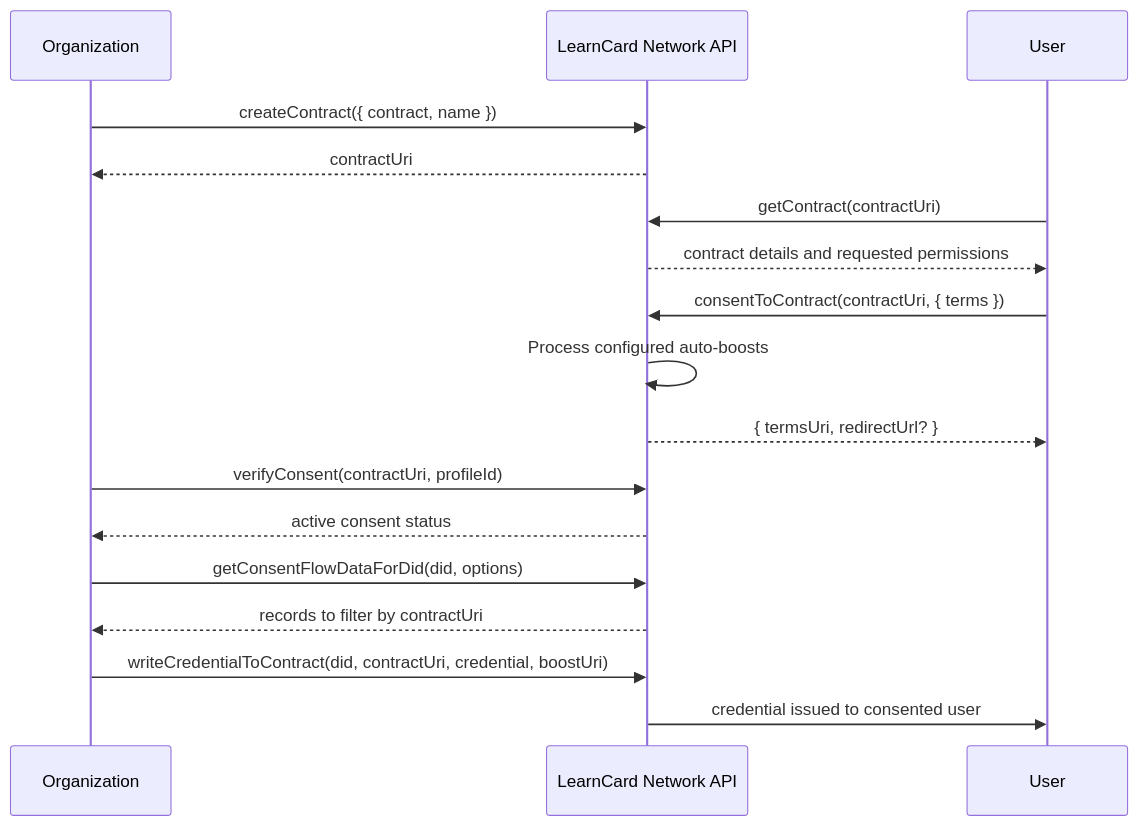
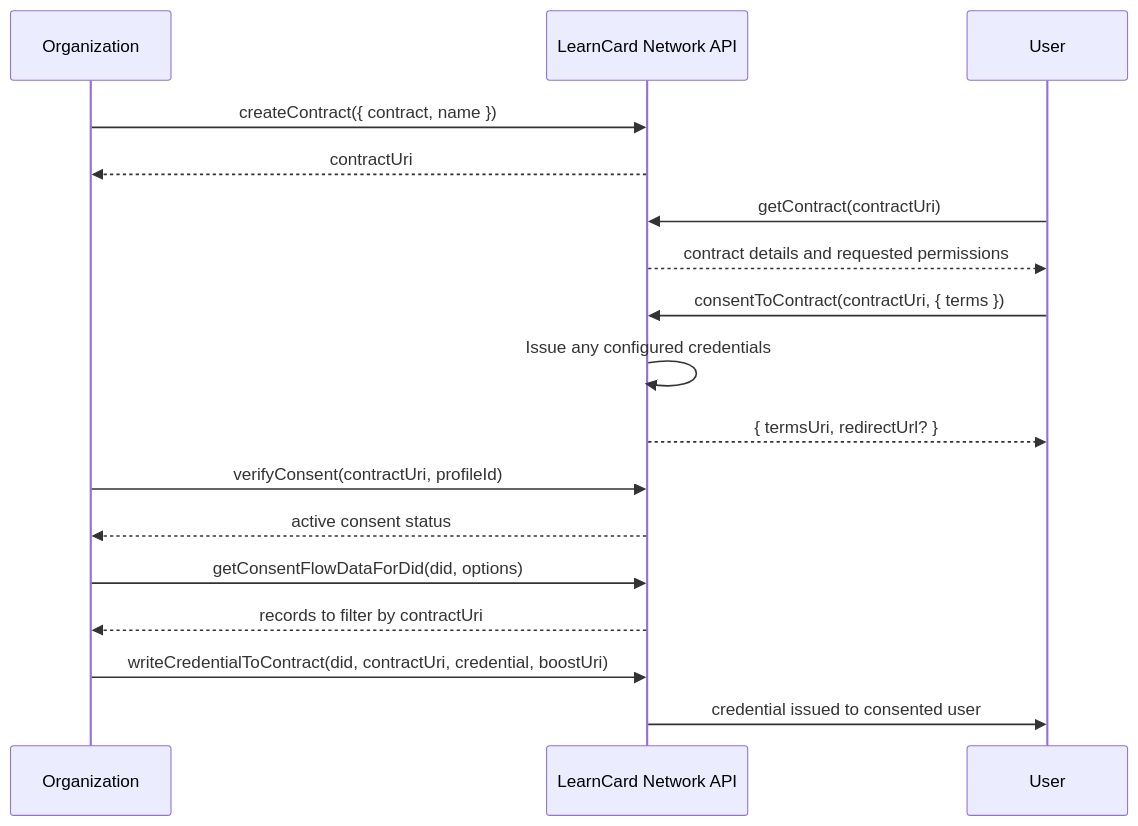
Before and after one commit to learningeconomy/LearnCard: the second of 2 diagrams in docs/core-concepts/consent-and-permissions/consentflow-overview.md, drawn with Mermaid. The commit also changed other lines of this file and 3 other files, not shown here.

Commit message:
docs: retitle Auto-Boosts to Issue on Consent; name the autoboosts field once, at the code

````diff
--- a/docs/core-concepts/consent-and-permissions/consentflow-overview.md
+++ b/docs/core-concepts/consent-and-permissions/consentflow-overview.md
@@ -72,24 +72,24 @@
 ```mermaid
 sequenceDiagram
     participant Organization
     participant Network as LearnCard Network API
     participant User
 
     Organization->>Network: createContract({ contract, name })
     Network-->>Organization: contractUri
 
     User->>Network: getContract(contractUri)
     Network-->>User: contract details and requested permissions
 
     User->>Network: consentToContract(contractUri, { terms })
-    Network->>Network: Process configured auto-boosts
+    Network->>Network: Issue any configured credentials
     Network-->>User: { termsUri, redirectUrl? }
 
     Organization->>Network: verifyConsent(contractUri, profileId)
     Network-->>Organization: active consent status
     Organization->>Network: getConsentFlowDataForDid(did, options)
     Network-->>Organization: records to filter by contractUri
 
     Organization->>Network: writeCredentialToContract(did, contractUri, credential, boostUri)
     Network->>User: credential issued to consented user
 ```
````
